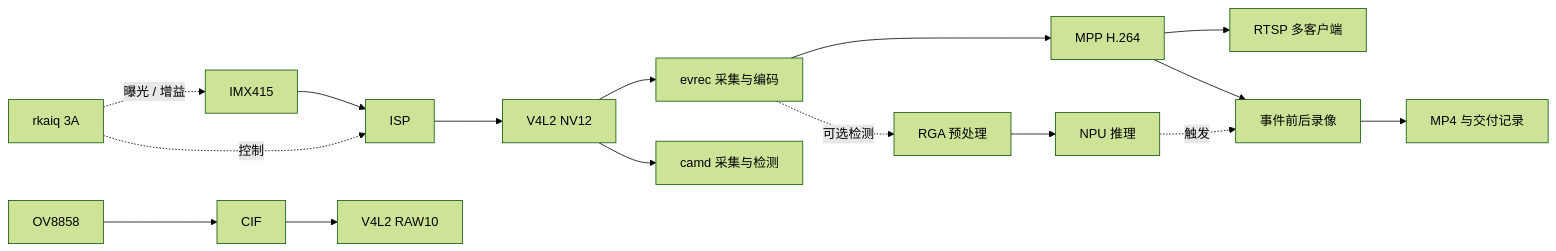
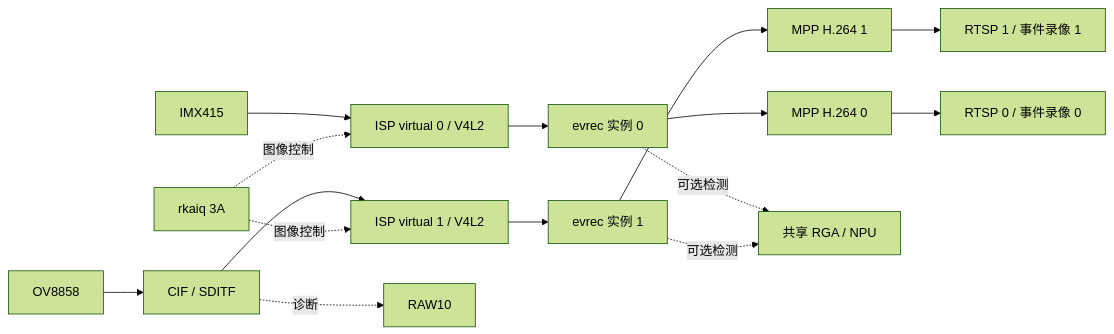
The diagram in README.md (Ericsunny/rk3568-camera-driver), drawn with Mermaid (forest theme) before and after one commit. The commit also changed other lines of this file and 864 other files, not shown here.

````diff
--- a/README.md
+++ b/README.md
@@ -11,16 +11,16 @@
 ```mermaid
 flowchart LR
-    I[IMX415] --> ISP[ISP] --> NV[V4L2 NV12]
-    A[rkaiq 3A] -.控制.-> ISP
-    A -.曝光 / 增益.-> I
-    O[OV8858] --> CIF[CIF] --> RAW[V4L2 RAW10]
-    NV --> EV[evrec 采集与编码]
-    EV --> H264[MPP H.264]
-    H264 --> RTSP[RTSP 多客户端]
-    H264 --> REC[事件前后录像]
-    REC --> MP4[MP4 与交付记录]
-    NV --> CAMD[camd 采集与检测]
-    EV -.可选检测.-> RGA[RGA 预处理]
-    RGA --> NPU[NPU 推理]
-    NPU -.触发.-> REC
+    I[IMX415] --> I0[ISP virtual 0 / V4L2]
+    O[OV8858] --> CIF[CIF / SDITF] --> I1[ISP virtual 1 / V4L2]
+    CIF -.诊断.-> RAW[RAW10]
+    I0 --> E0[evrec 实例 0]
+    I1 --> E1[evrec 实例 1]
+    E0 --> H0[MPP H.264 0]
+    E1 --> H1[MPP H.264 1]
+    H0 --> R0[RTSP 0 / 事件录像 0]
+    H1 --> R1[RTSP 1 / 事件录像 1]
+    E0 -.可选检测.-> NPU[共享 RGA / NPU]
+    E1 -.可选检测.-> NPU
+    A[rkaiq 3A] -.图像控制.-> I0
+    A -.图像控制.-> I1
 ```
````
